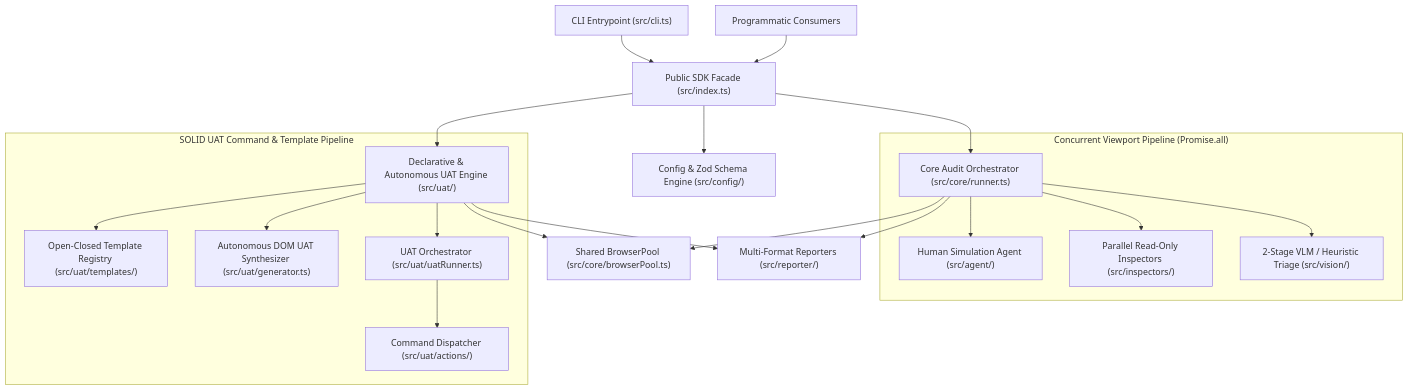
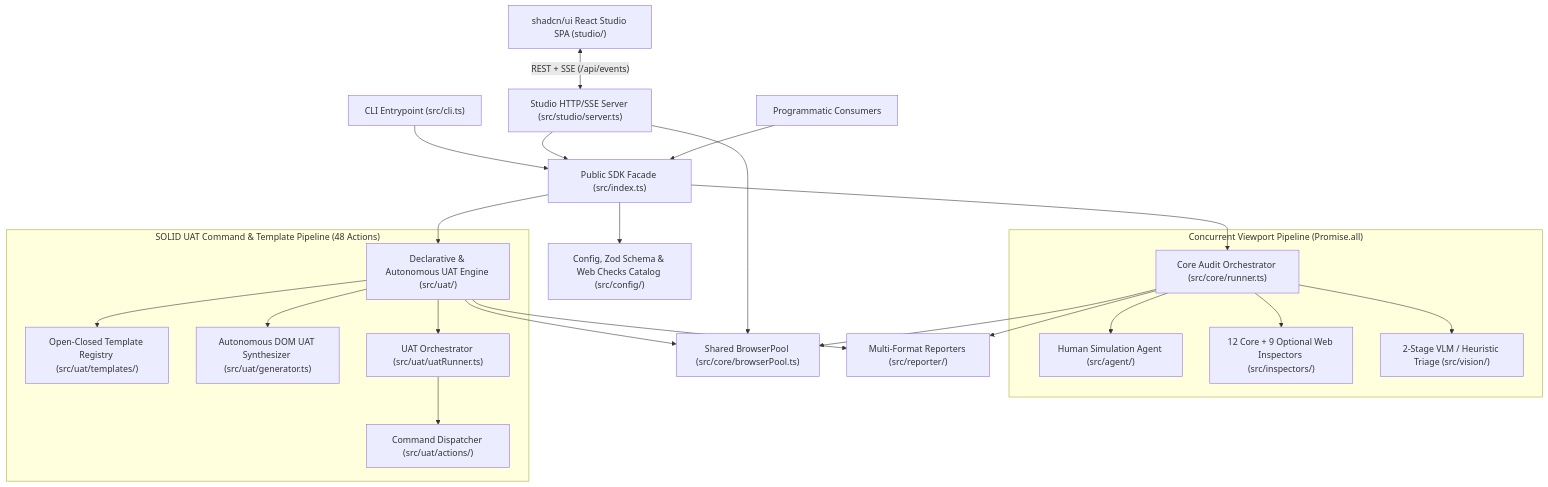
The diagram in ARCHITECTURE.md (madacoda/betterfront), drawn with Mermaid before and after one commit. The commit also changed other lines of this file and 75 other files, not shown here.

Commit message:
feat(studio): implement TweakCN Neo-Brutalism theme engine, shadcn/ui App Sidebar & Timeline Inspector, and 9 optional web checks

````diff
--- a/ARCHITECTURE.md
+++ b/ARCHITECTURE.md
@@ -9,28 +9,31 @@
 ```mermaid
 flowchart TD
   CLI["CLI Entrypoint (src/cli.ts)"] --> API["Public SDK Facade (src/index.ts)"]
+  StudioUI["shadcn/ui React Studio SPA (studio/)"] <-->|"REST + SSE (/api/events)"| StudioSrv["Studio HTTP/SSE Server (src/studio/server.ts)"]
+  StudioSrv --> API
   UserSDK["Programmatic Consumers"] --> API
 
-  API --> Config["Config & Zod Schema Engine (src/config/)"]
+  API --> Config["Config, Zod Schema & Web Checks Catalog (src/config/)"]
   API --> Runner["Core Audit Orchestrator (src/core/runner.ts)"]
   API --> UatEngine["Declarative & Autonomous UAT Engine (src/uat/)"]
 
   Runner --> Pool["Shared BrowserPool (src/core/browserPool.ts)"]
   UatEngine --> Pool
+  StudioSrv --> Pool
 
   subgraph ConcurrentViewportPipeline ["Concurrent Viewport Pipeline (Promise.all)"]
     Runner --> Agent["Human Simulation Agent (src/agent/)"]
-    Runner --> Inspectors["Parallel Read-Only Inspectors (src/inspectors/)"]
+    Runner --> Inspectors["12 Core + 9 Optional Web Inspectors (src/inspectors/)"]
     Runner --> Vision["2-Stage VLM / Heuristic Triage (src/vision/)"]
   end
 
-  subgraph UatCommandPipeline ["SOLID UAT Command & Template Pipeline"]
+  subgraph UatCommandPipeline ["SOLID UAT Command & Template Pipeline (48 Actions)"]
     UatEngine --> Registry["Open-Closed Template Registry (src/uat/templates/)"]
     UatEngine --> Generator["Autonomous DOM UAT Synthesizer (src/uat/generator.ts)"]
     UatEngine --> UatRunner["UAT Orchestrator (src/uat/uatRunner.ts)"]
     UatRunner --> Dispatcher["Command Dispatcher (src/uat/actions/)"]
   end
 
   Runner --> Reporters["Multi-Format Reporters (src/reporter/)"]
   UatEngine --> Reporters
 ```
````
